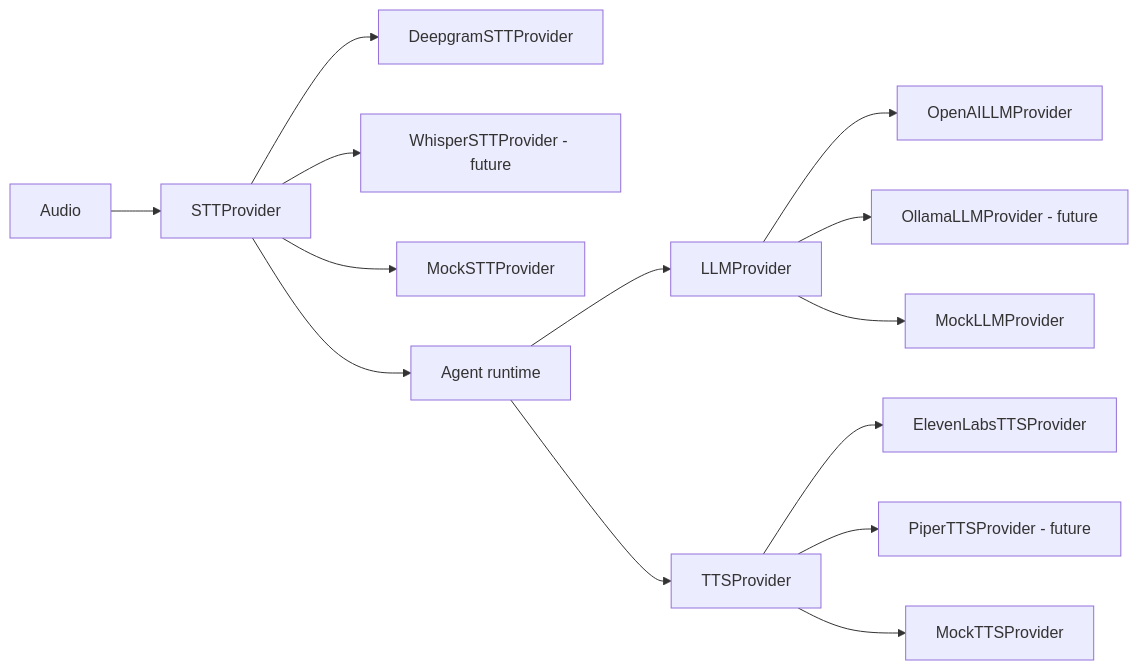
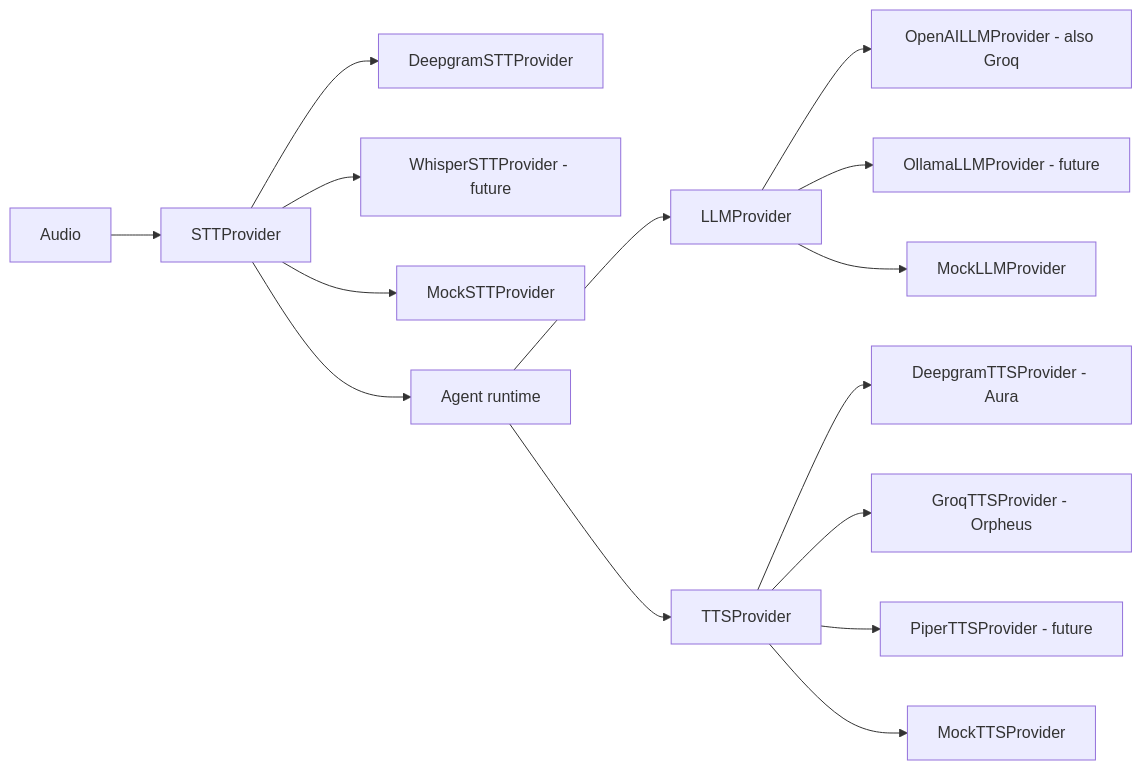
Before and after one commit to Hannan2102/careline-ai: the fourth of 5 diagrams in ARCHITECTURE.md, drawn with Mermaid. The commit also changed other lines of this file and 10 other files, not shown here.

````diff
--- a/ARCHITECTURE.md
+++ b/ARCHITECTURE.md
@@ -173,16 +173,17 @@
 ```mermaid
 flowchart LR
   A[Audio] --> S[STTProvider]
   S --> S1[DeepgramSTTProvider]
   S --> S2[WhisperSTTProvider - future]
   S --> S3[MockSTTProvider]
   S --> R[Agent runtime]
   R --> L[LLMProvider]
-  L --> L1[OpenAILLMProvider]
+  L --> L1[OpenAILLMProvider - also Groq]
   L --> L2[OllamaLLMProvider - future]
   L --> L3[MockLLMProvider]
   R --> TT[TTSProvider]
-  TT --> T1[ElevenLabsTTSProvider]
+  TT --> T1[DeepgramTTSProvider - Aura]
+  TT --> T1b[GroqTTSProvider - Orpheus]
   TT --> T2[PiperTTSProvider - future]
   TT --> T3[MockTTSProvider]
 ```
````
